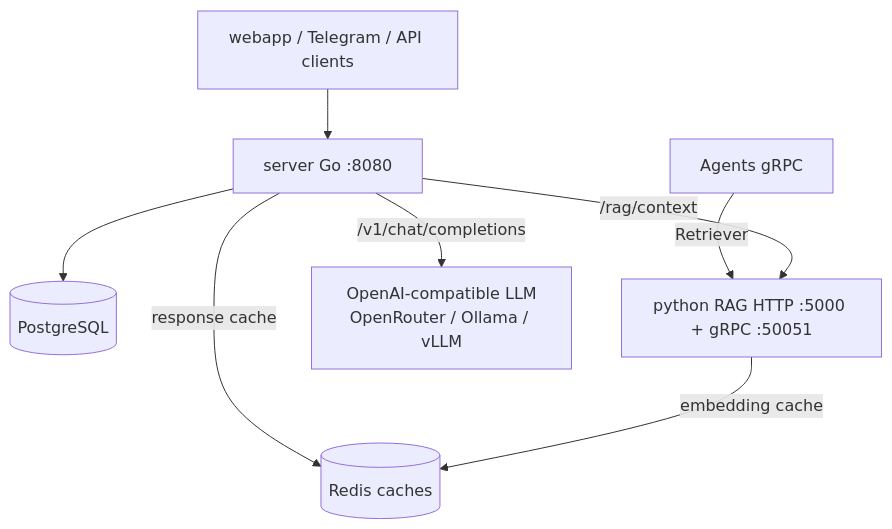
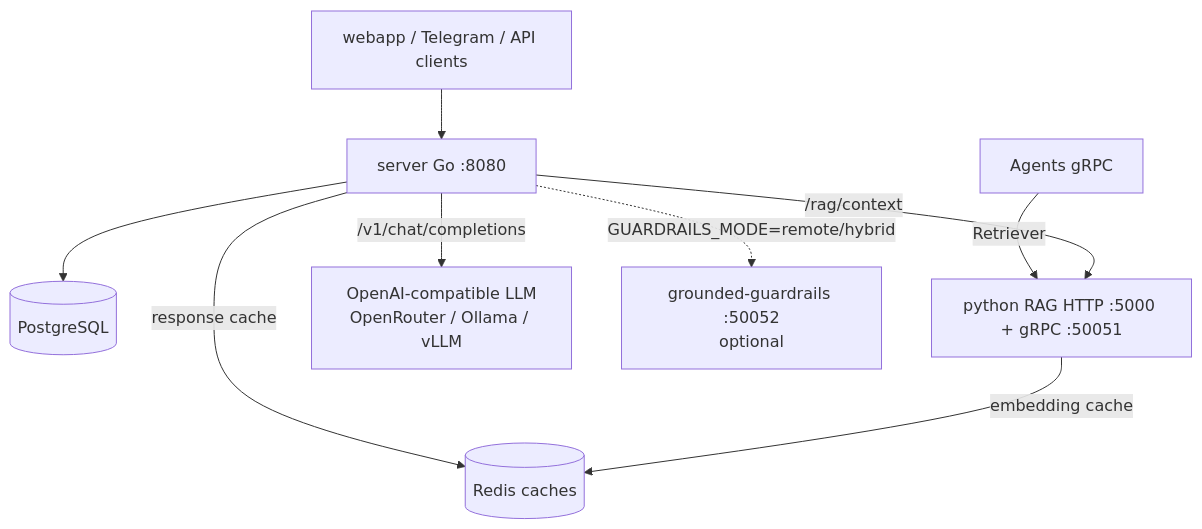
Before and after one commit to kantik001/grounded-llm: the diagram in docs/en/knowledge-base/server-overview.md, drawn with Mermaid. The commit also changed other lines of this file and 21 other files, not shown here.

First line of the commit message:
docs: refresh architecture for optional guardrails :50052

````diff
--- a/docs/en/knowledge-base/server-overview.md
+++ b/docs/en/knowledge-base/server-overview.md
@@ -51,18 +52,20 @@
 ```mermaid
 flowchart TB
     Web[webapp / Telegram / API clients]
     Agents[Agents gRPC]
     Go[server Go :8080]
     PG[(PostgreSQL)]
     Redis[(Redis caches)]
     Py[python RAG HTTP :5000 + gRPC :50051]
     LLM[OpenAI-compatible LLM\nOpenRouter / Ollama / vLLM]
+    GR[grounded-guardrails :50052\noptional]
 
     Web --> Go
     Agents -->|Retriever| Py
     Go --> PG
     Go -->|response cache| Redis
     Go -->|/rag/context| Py
     Py -->|embedding cache| Redis
     Go -->|/v1/chat/completions| LLM
+    Go -.->|GUARDRAILS_MODE=remote/hybrid| GR
 ```
````
